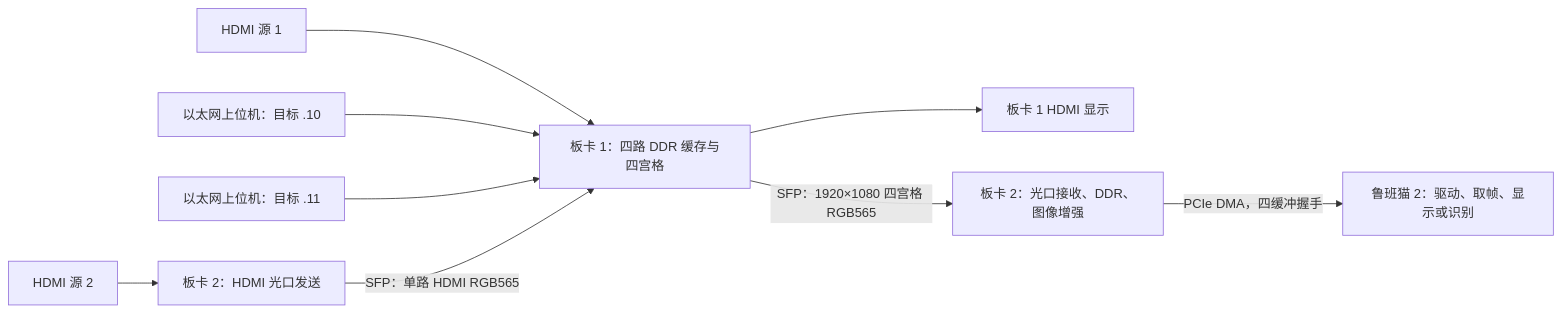
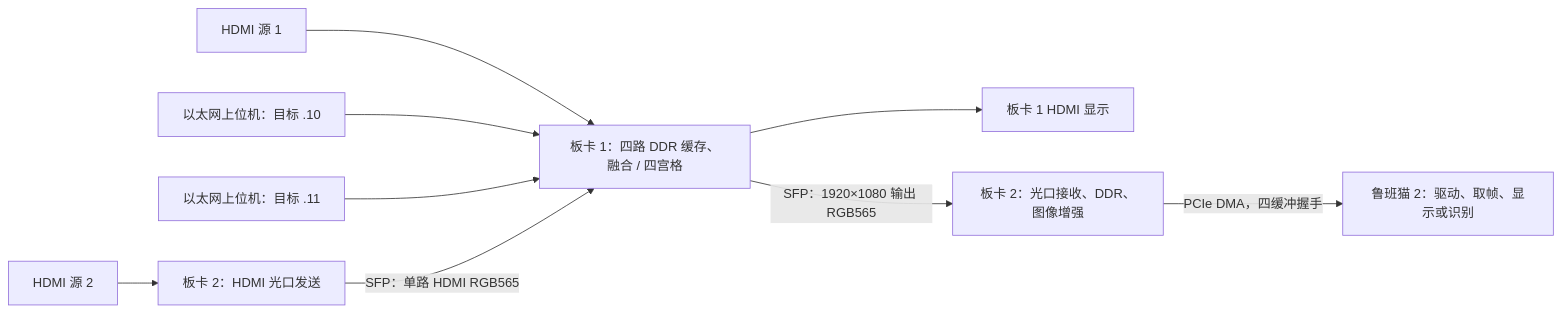
The diagram in fpga/dual_board/README.md (istiurosmadelgordont-cloud/RoadFusion-Edge), drawn with Mermaid before and after one commit. The commit also changed other lines of this file and 463 other files, not shown here.

````diff
--- a/fpga/dual_board/README.md
+++ b/fpga/dual_board/README.md
@@ -31,11 +33,11 @@
 ```mermaid
 flowchart LR
-    H1[HDMI 源 1] --> B1[板卡 1：四路 DDR 缓存与四宫格]
+    H1[HDMI 源 1] --> B1[板卡 1：四路 DDR 缓存、融合 / 四宫格]
     PC0[以太网上位机：目标 .10] --> B1
     PC1[以太网上位机：目标 .11] --> B1
     H2[HDMI 源 2] --> TX2[板卡 2：HDMI 光口发送]
     TX2 -->|SFP：单路 HDMI RGB565| B1
     B1 --> MON[板卡 1 HDMI 显示]
-    B1 -->|SFP：1920×1080 四宫格 RGB565| RX2[板卡 2：光口接收、DDR、图像增强]
+    B1 -->|SFP：1920×1080 输出 RGB565| RX2[板卡 2：光口接收、DDR、图像增强]
     RX2 -->|PCIe DMA，四缓冲握手| CAT[鲁班猫 2：驱动、取帧、显示或识别]
 ```
````
